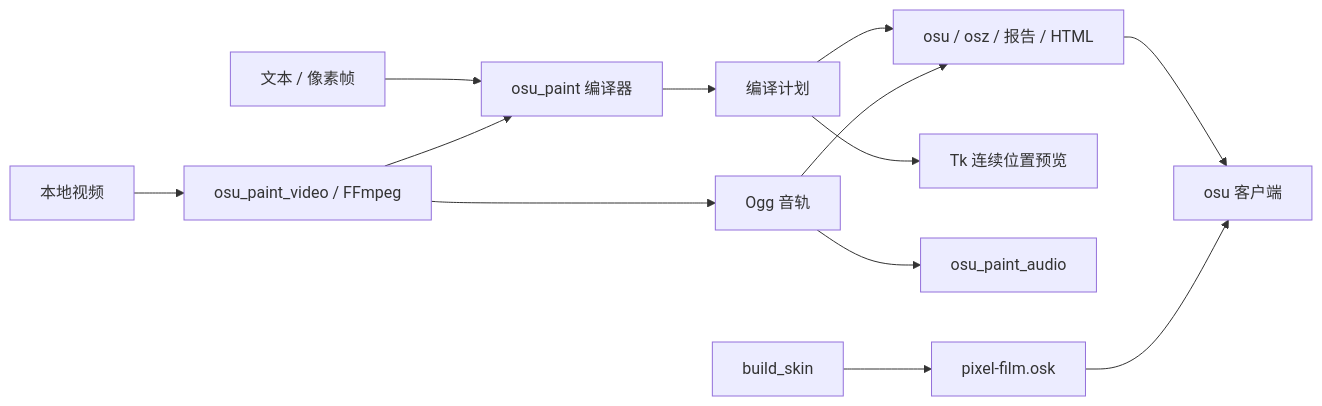
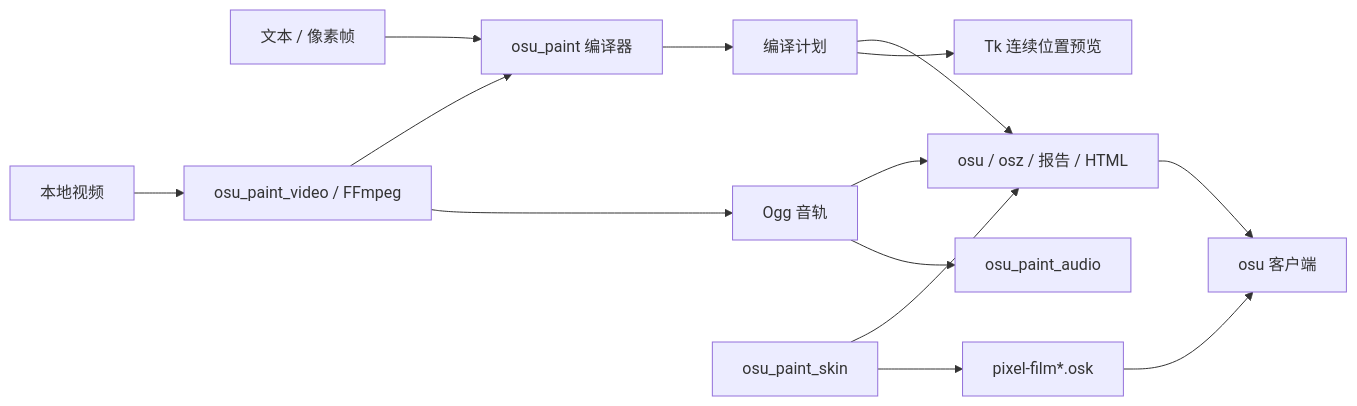
One commit to YeLn10/osu-paint changed the diagram in docs/architecture.md. Above: the diagram before and after it, drawn with Mermaid. The commit also changed other lines of this file and 22 other files, not shown here.

````diff
--- a/docs/architecture.md
+++ b/docs/architecture.md
@@ -18,15 +19,16 @@
 ```mermaid
 flowchart LR
     Text[文本 / 像素帧] --> Core[osu_paint 编译器]
     Video[本地视频] --> FFmpeg[osu_paint_video / FFmpeg]
     FFmpeg --> Core
     FFmpeg --> Ogg[Ogg 音轨]
     Core --> Plan[编译计划]
     Plan --> Export[osu / osz / 报告 / HTML]
+    SkinBuild[osu_paint_skin] --> Export
     Ogg --> Export
     Plan --> Tk[Tk 连续位置预览]
     Ogg --> Audio[osu_paint_audio]
-    SkinBuild[build_skin] --> Skin[pixel-film.osk]
+    SkinBuild --> Skin[pixel-film*.osk]
     Export --> Game[osu 客户端]
     Skin --> Game
 ```
````
